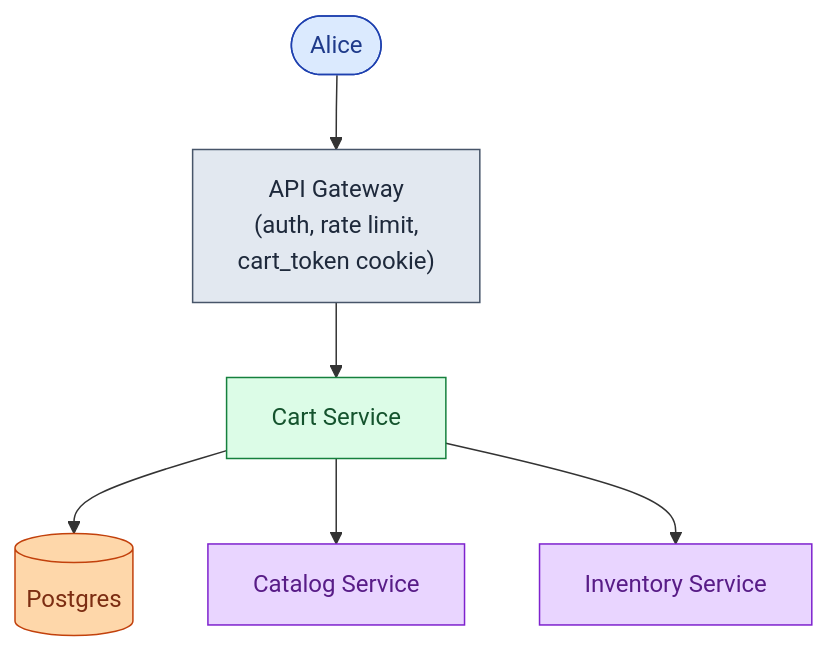
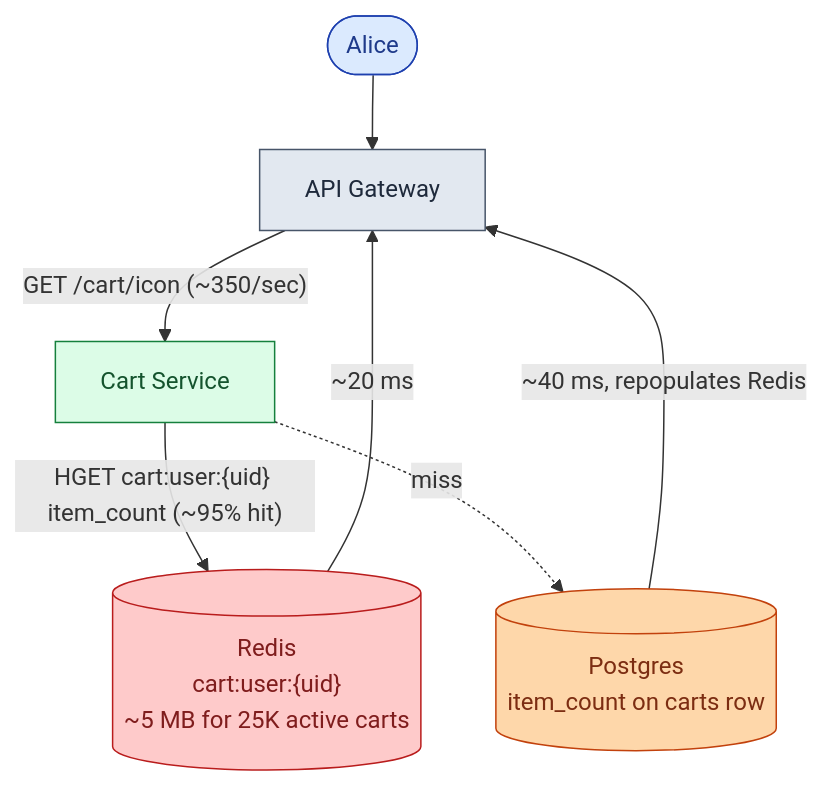
One commit to shiningflash/shiningflash.github.io changed the sixth of 16 diagrams in _practice/system-design/012-shopping-cart.md. Above: the diagram before and after it, drawn with Mermaid. The commit also changed other lines of this file and 18 other files, not shown here.

````diff
--- a/_practice/system-design/012-shopping-cart.md
+++ b/_practice/system-design/012-shopping-cart.md
@@ -307,14 +343,15 @@
 ```mermaid
 flowchart TB
-    C([Alice]):::user --> GW["API Gateway<br/>(auth, rate limit,<br/>cart_token cookie)"]:::edge
-    GW --> CS["Cart Service"]:::app
-    CS --> DB[("Postgres")]:::db
-    CS --> Cat["Catalog Service"]:::ext
-    CS --> Inv["Inventory Service"]:::ext
+    Alice([Alice]):::user --> GW["API Gateway"]:::edge
+    GW -->|"GET /cart/icon (~350/sec)"| CS["Cart Service"]:::app
+    CS -->|"HGET cart:user:{uid} item_count (~95% hit)"| R[("Redis<br/>cart:user:{uid}<br/>~5 MB for 25K active carts")]:::cache
+    CS -.miss.-> DB[("Postgres<br/>item_count on carts row")]:::db
+    R -->|"~20 ms"| GW
+    DB -->|"~40 ms, repopulates Redis"| GW
 
     classDef user fill:#dbeafe,stroke:#1e40af,color:#1e3a8a
     classDef edge fill:#e2e8f0,stroke:#475569,color:#1e293b
     classDef app fill:#dcfce7,stroke:#15803d,color:#14532d
     classDef db fill:#fed7aa,stroke:#c2410c,color:#7c2d12
-    classDef ext fill:#e9d5ff,stroke:#7e22ce,color:#581c87
+    classDef cache fill:#fecaca,stroke:#b91c1c,color:#7f1d1d
 ```
````
